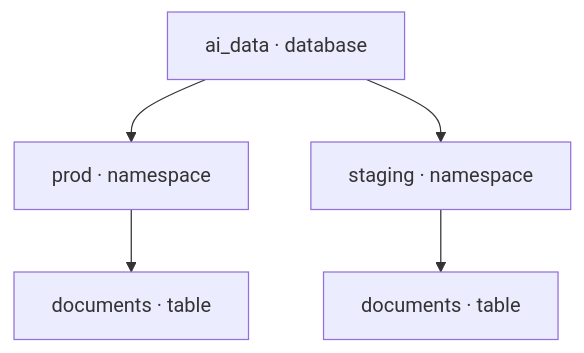
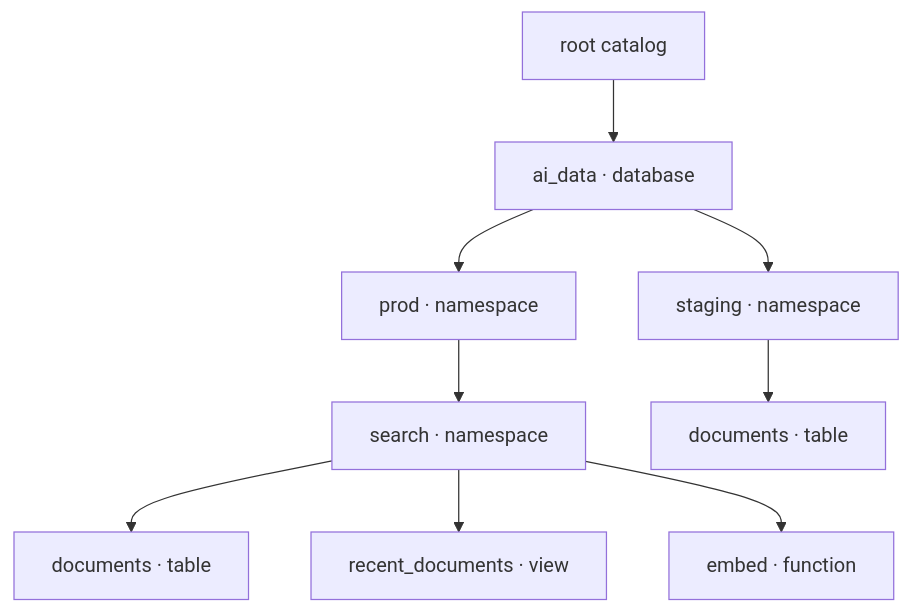
Before and after one commit to lancedb/lancedb: the diagram in docs/web/basics/catalog.mdx, drawn with Mermaid. The commit also changed other lines of this file and 215 other files, not shown here.

````diff
--- a/docs/web/basics/catalog.mdx
+++ b/docs/web/basics/catalog.mdx
@@ -136,7 +50,11 @@
 ```mermaid
 flowchart TD
-    database["ai_data · database"] --> prod["prod · namespace"]
+    catalog["root catalog"] --> database["ai_data · database"]
+    database --> prod["prod · namespace"]
     database --> staging["staging · namespace"]
-    prod --> prod_docs["documents · table"]
+    prod --> search["search · namespace"]
+    search --> search_docs["documents · table"]
+    search --> search_view["recent_documents · view"]
+    search --> search_fn["embed · function"]
     staging --> staging_docs["documents · table"]
 ```
````
